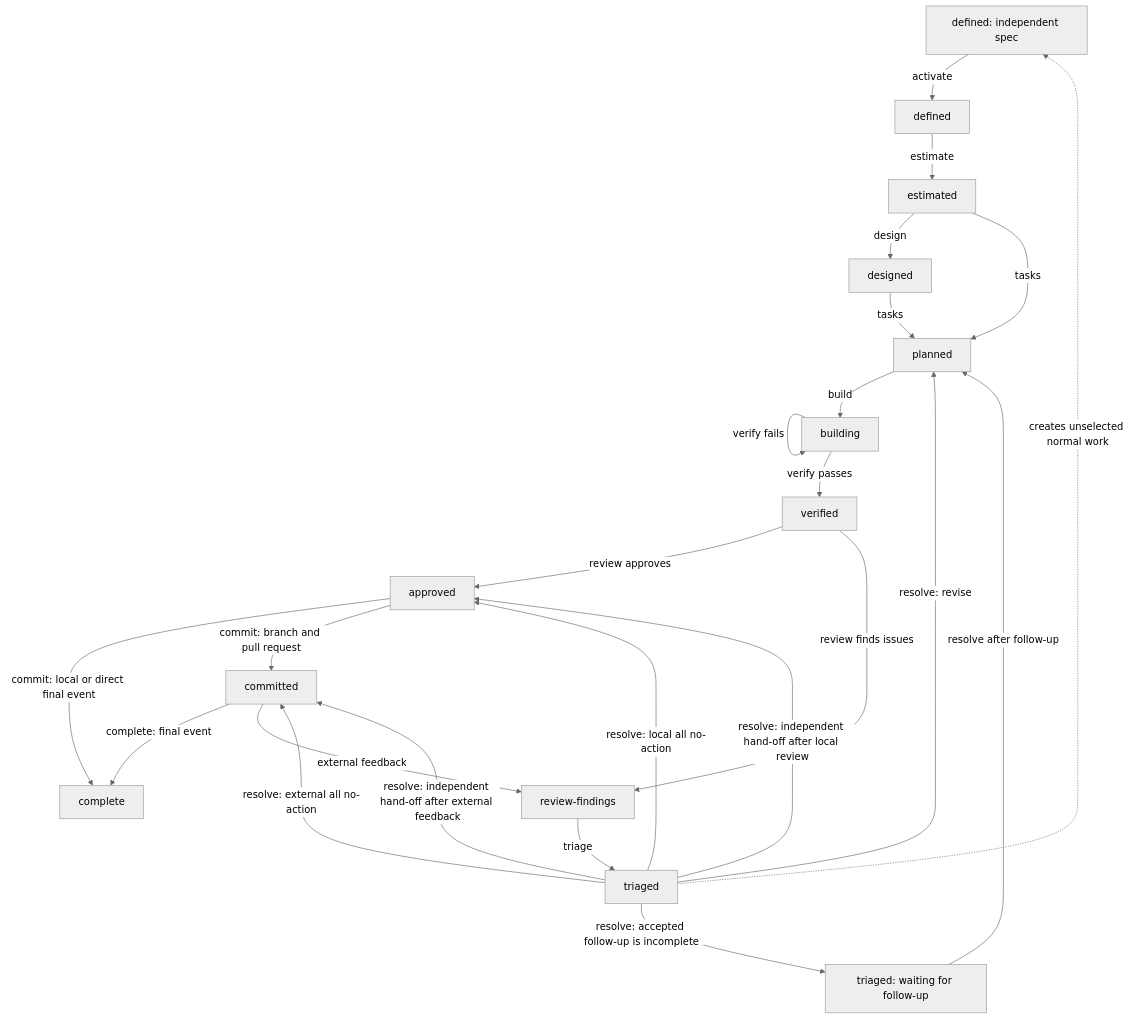
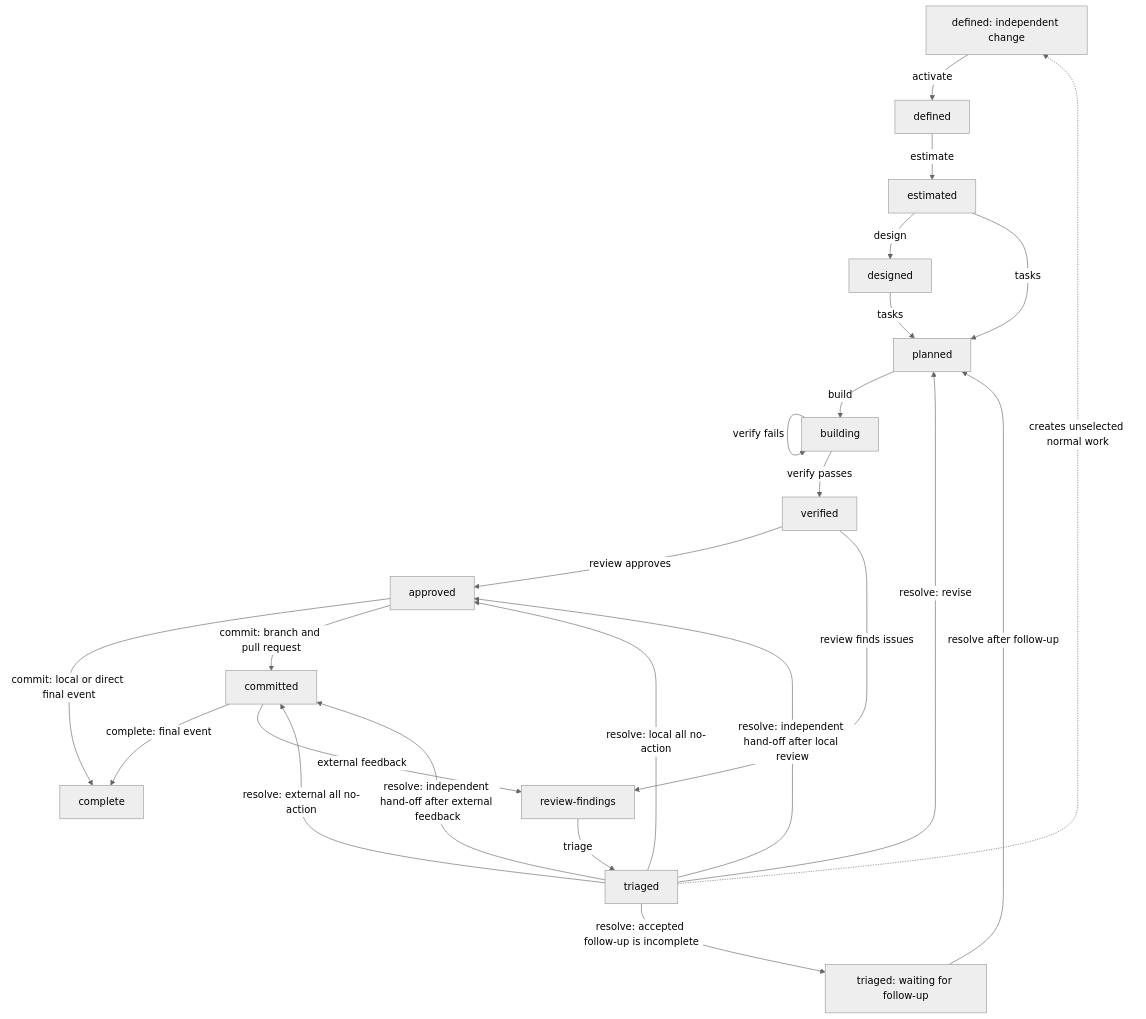
Before and after one commit to deeprave/specle: the first of 3 diagrams in docs/LIFECYCLE.md, drawn with Mermaid (neutral theme). The commit also changed other lines of this file and 253 other files, not shown here.

````diff
--- a/docs/LIFECYCLE.md
+++ b/docs/LIFECYCLE.md
@@ -72,27 +72,27 @@
 ```mermaid
 flowchart TB
   unselected_defined[unselected defined] -->|activate| defined
   defined -->|estimate| estimated
   estimated -->|design| designed
   estimated -->|tasks| planned
   designed -->|tasks| planned
   planned -->|build| building
   building -->|build| building
   building -->|verify passes| verified
   building -->|verify fails| building
   verified -->|review approves| approved
   approved -->|commit: local or direct final event| complete
   approved -->|commit: branch and pull request| committed
   committed -->|complete: final event| complete
   committed -->|external feedback| review_findings
   verified -->|review finds issues| review_findings[review-findings]
   review_findings -->|triage| triaged
   triaged -->|resolve: revise| planned
   triaged -->|resolve: accepted follow-up is incomplete| waiting[triaged: waiting for follow-up]
   waiting -->|resolve after follow-up| planned
   triaged -->|resolve: local all no-action| approved
   triaged -->|resolve: external all no-action| committed
   triaged -->|resolve: independent hand-off after local review| approved
   triaged -->|resolve: independent hand-off after external feedback| committed
-  triaged -.->|creates unselected normal work| unselected_defined[defined: independent spec]
+  triaged -.->|creates unselected normal work| unselected_defined[defined: independent change]
 ```
````
